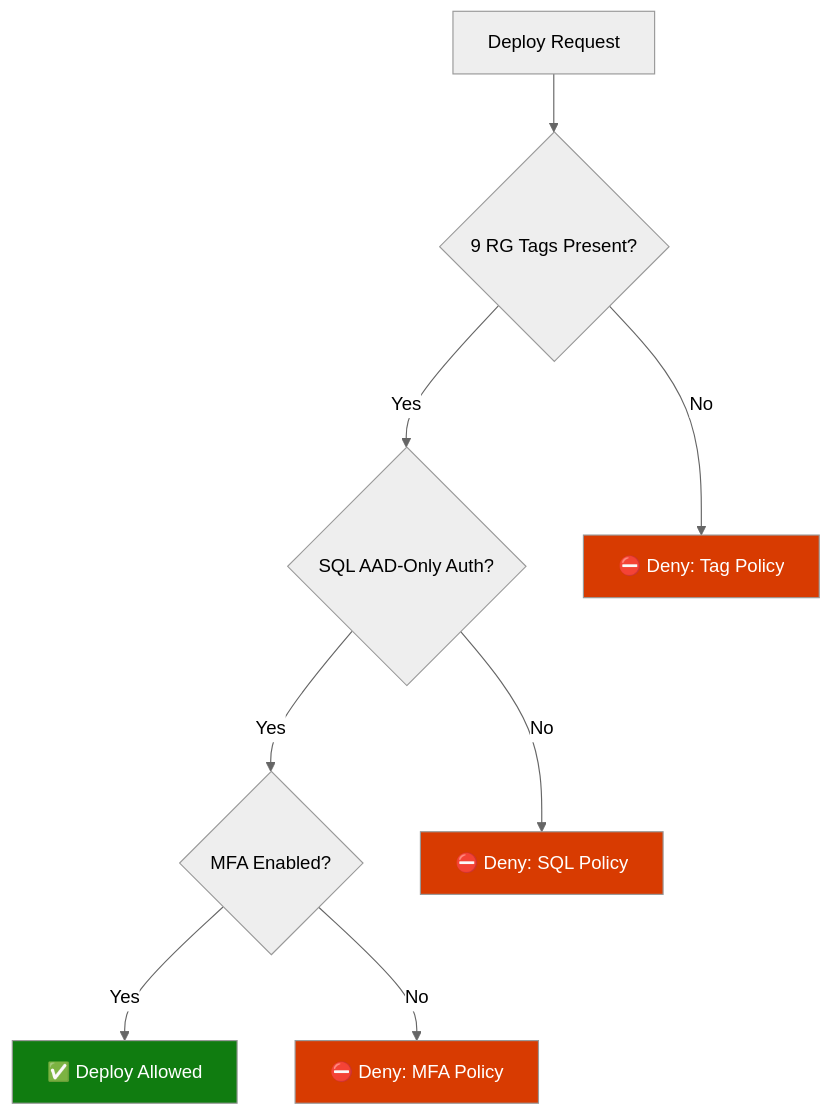
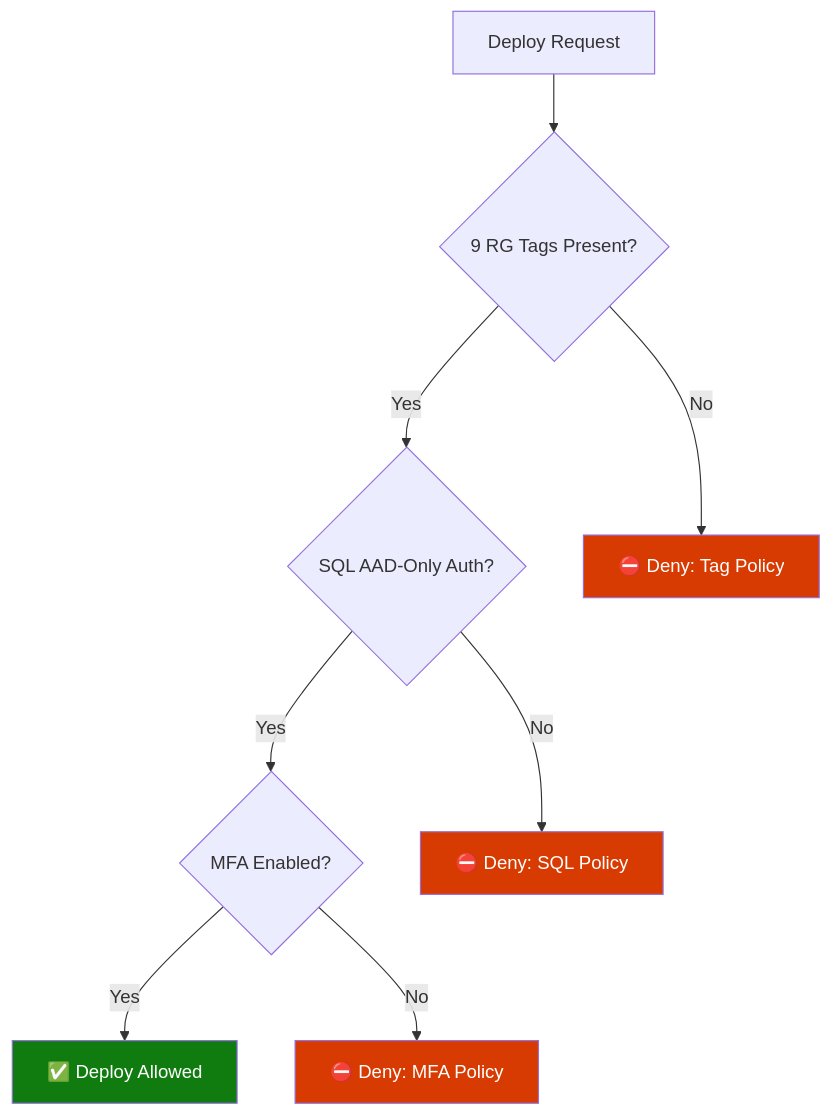
The diagram in site/src/content/docs/demo/04-governance.md (jonathan-vella/apex), drawn with Mermaid before and after one commit. The commit also changed 7 other files, not shown here.

First line of the commit message:
fix(docs): strip hardcoded mermaid theme overrides from 8 content files

````diff
--- a/site/src/content/docs/demo/04-governance.md
+++ b/site/src/content/docs/demo/04-governance.md
@@ -247,15 +247,14 @@
 ```mermaid
-%%{init: {'theme':'neutral'}}%%
 flowchart TD
     A["Deploy Request"] --> B{"9 RG Tags Present?"}
     B -- Yes --> C{"SQL AAD-Only Auth?"}
     B -- No --> D["⛔ Deny: Tag Policy"]
     C -- Yes --> E{"MFA Enabled?"}
     C -- No --> F["⛔ Deny: SQL Policy"]
     E -- Yes --> G["✅ Deploy Allowed"]
     E -- No --> H["⛔ Deny: MFA Policy"]
     style D fill:#D83B01,color:#fff
     style F fill:#D83B01,color:#fff
     style H fill:#D83B01,color:#fff
     style G fill:#107C10,color:#fff
 ```
````
